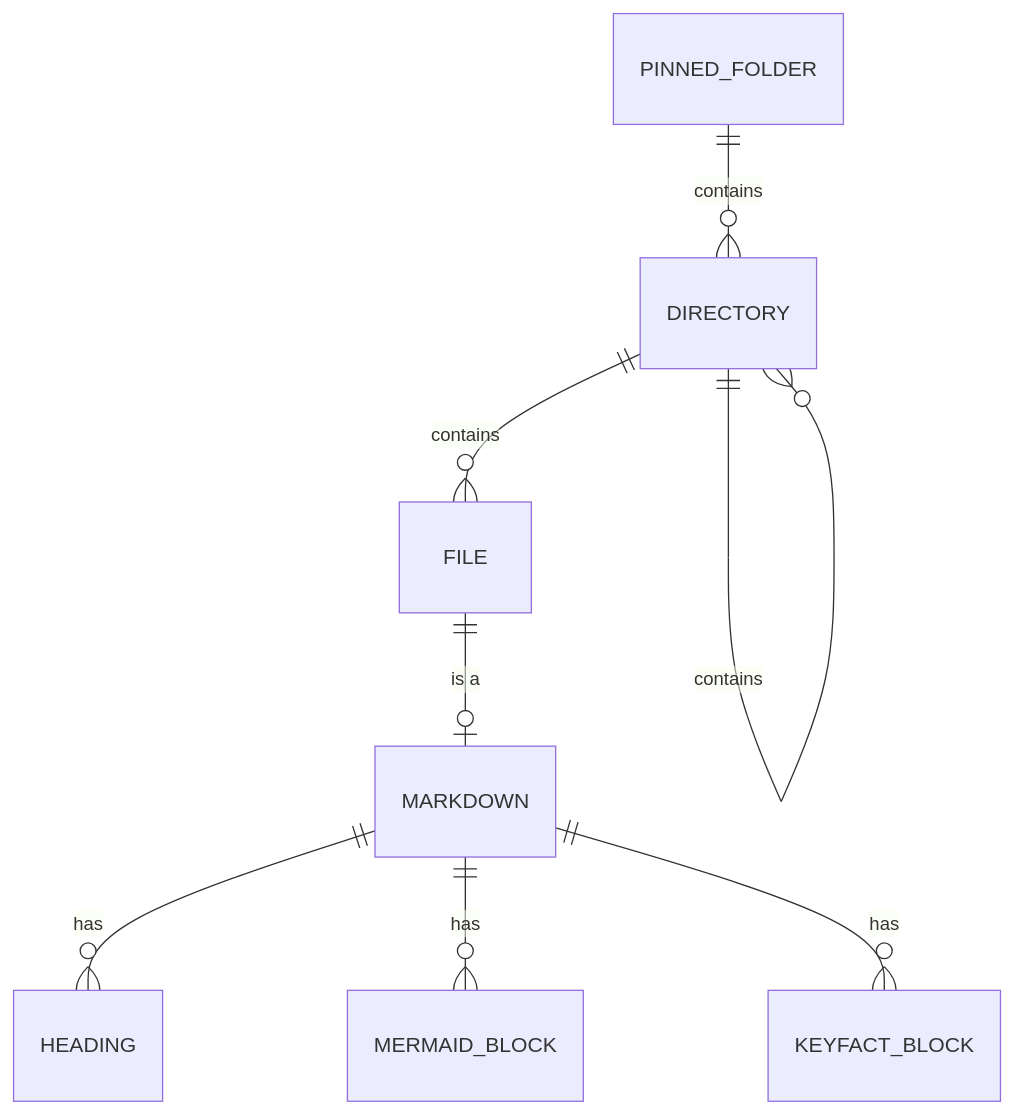
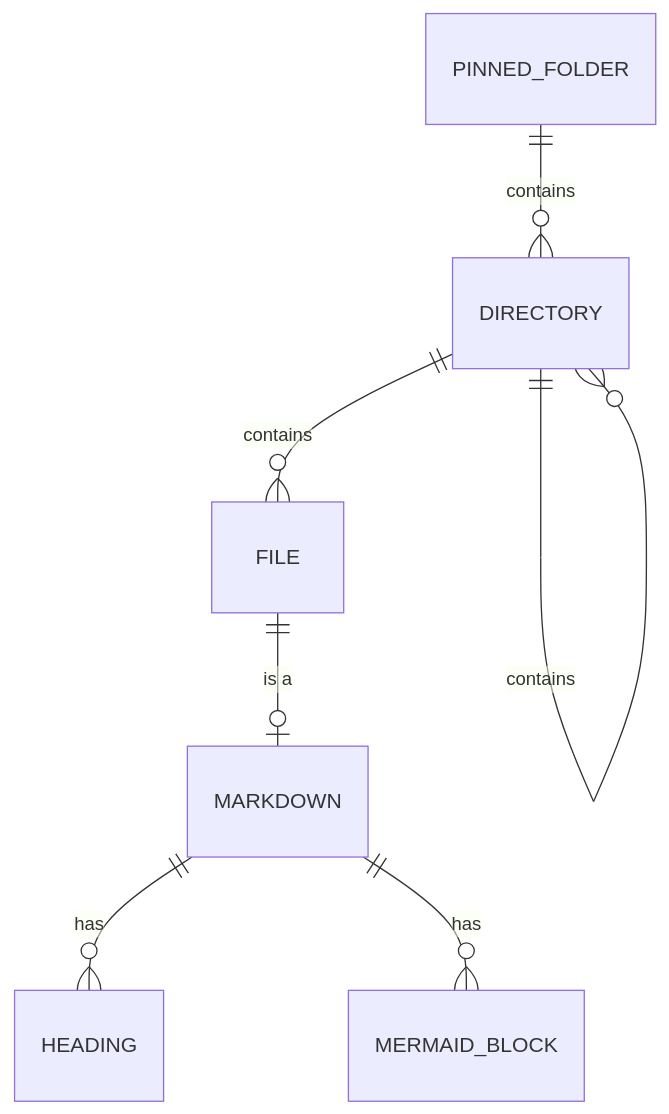
Before and after one commit to gmoriki/mado-web: the fourth of 4 diagrams in public/sample.md, drawn with Mermaid. The commit also changed other lines of this file and 32 other files, not shown here.

````diff
--- a/public/sample.md
+++ b/public/sample.md
@@ -147,10 +144,9 @@
 ```mermaid
 erDiagram
     PINNED_FOLDER ||--o{ DIRECTORY : contains
     DIRECTORY ||--o{ FILE : contains
     DIRECTORY ||--o{ DIRECTORY : contains
     FILE ||--o| MARKDOWN : "is a"
     MARKDOWN ||--o{ HEADING : has
     MARKDOWN ||--o{ MERMAID_BLOCK : has
-    MARKDOWN ||--o{ KEYFACT_BLOCK : has
 ```
````
